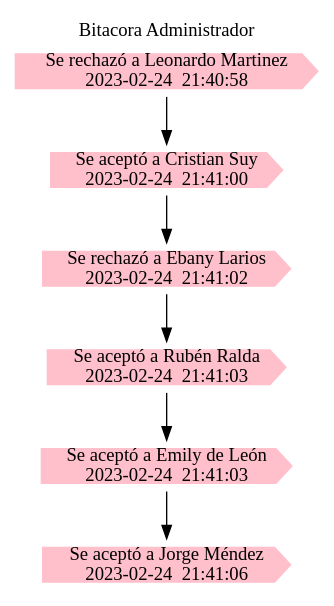
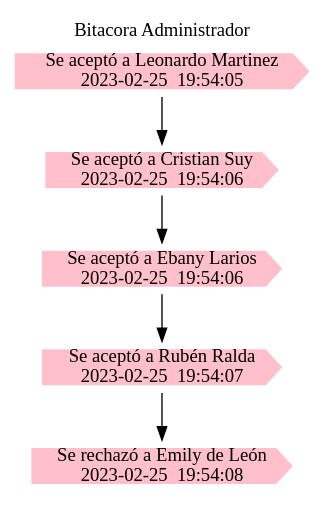
One commit to rubenralda/EDD_1S2023_PY_202111835 changed the diagram in textos/bitacoraAdmin.dot. Above: the diagram before and after it, drawn with Graphviz. The commit also changed 8 other files, not shown here.

```diff
--- a/textos/bitacoraAdmin.dot
+++ b/textos/bitacoraAdmin.dot
@@ -1,14 +1,13 @@
 digraph G{
 
 rankdir=TB; 
  node[shape=cds, style=filled, color=pink, fontname="Century Gothic"]; 
  graph [fontname="Century Gothic"]; 
  labelloc="t"; label="Bitacora Administrador"; 
-0[label="Se rechazó a Leonardo Martinez\n2023-02-24  21:40:58"]
-1[label="Se aceptó a Cristian Suy\n2023-02-24  21:41:00"]
-2[label="Se rechazó a Ebany Larios\n2023-02-24  21:41:02"]
-3[label="Se aceptó a Rubén Ralda\n2023-02-24  21:41:03"]
-4[label="Se aceptó a Emily de León\n2023-02-24  21:41:03"]
-5[label="Se aceptó a Jorge Méndez\n2023-02-24  21:41:06"]
-0 -> 1 -> 2 -> 3 -> 4 -> 5
+0[label="Se aceptó a Leonardo Martinez\n2023-02-25  19:54:05"]
+1[label="Se aceptó a Cristian Suy\n2023-02-25  19:54:06"]
+2[label="Se aceptó a Ebany Larios\n2023-02-25  19:54:06"]
+3[label="Se aceptó a Rubén Ralda\n2023-02-25  19:54:07"]
+4[label="Se rechazó a Emily de León\n2023-02-25  19:54:08"]
+0 -> 1 -> 2 -> 3 -> 4
 }
```
